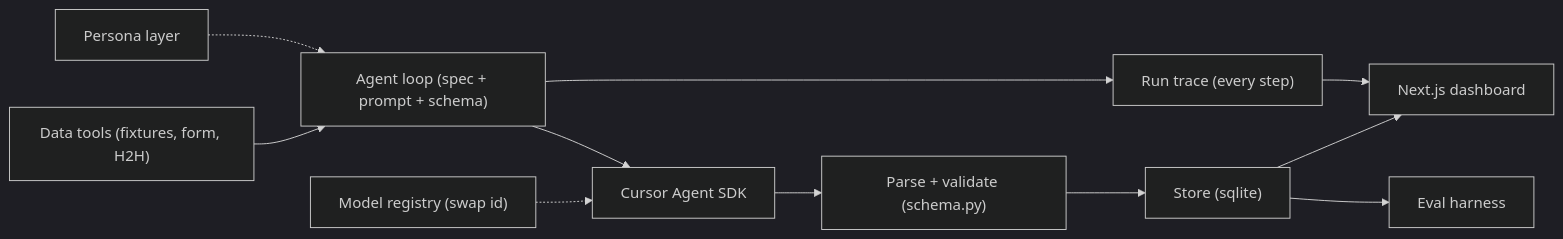
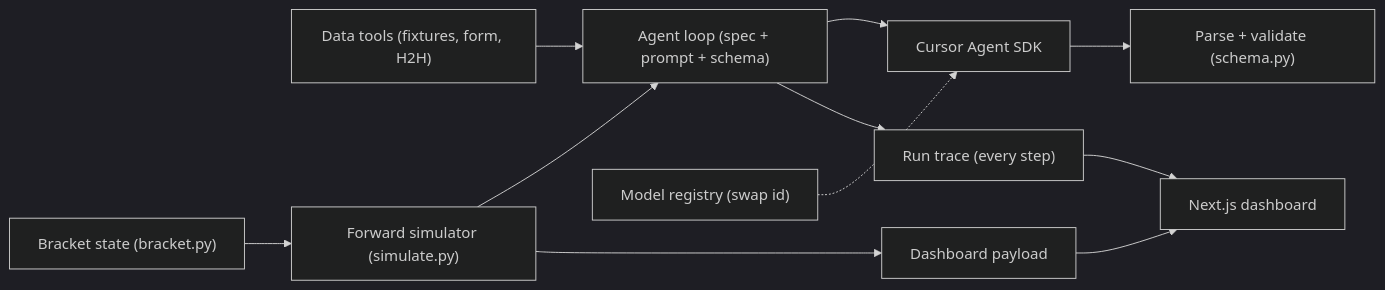
Before and after one commit to snotani/worldcup-oracle: the diagram in README.md, drawn with Mermaid (dark theme). The commit also changed other lines of this file and 6 other files, not shown here.

````diff
--- a/README.md
+++ b/README.md
@@ -67,13 +66,13 @@
 ```mermaid
 flowchart LR
   data["Data tools (fixtures, form, H2H)"] --> agent
+  bracket["Bracket state (bracket.py)"] --> sim
   agent["Agent loop (spec + prompt + schema)"] --> sdk["Cursor Agent SDK"]
   sdk --> parse["Parse + validate (schema.py)"]
-  parse --> store["Store (sqlite)"]
   agent --> trace["Run trace (every step)"]
-  store --> evals["Eval harness"]
-  store --> ui["Next.js dashboard"]
+  sim["Forward simulator (simulate.py)"] --> agent
+  sim --> payload["Dashboard payload"]
+  payload --> ui["Next.js dashboard"]
   trace --> ui
-  persona["Persona layer"] -.-> agent
   registry["Model registry (swap id)"] -.-> sdk
 ```
````
